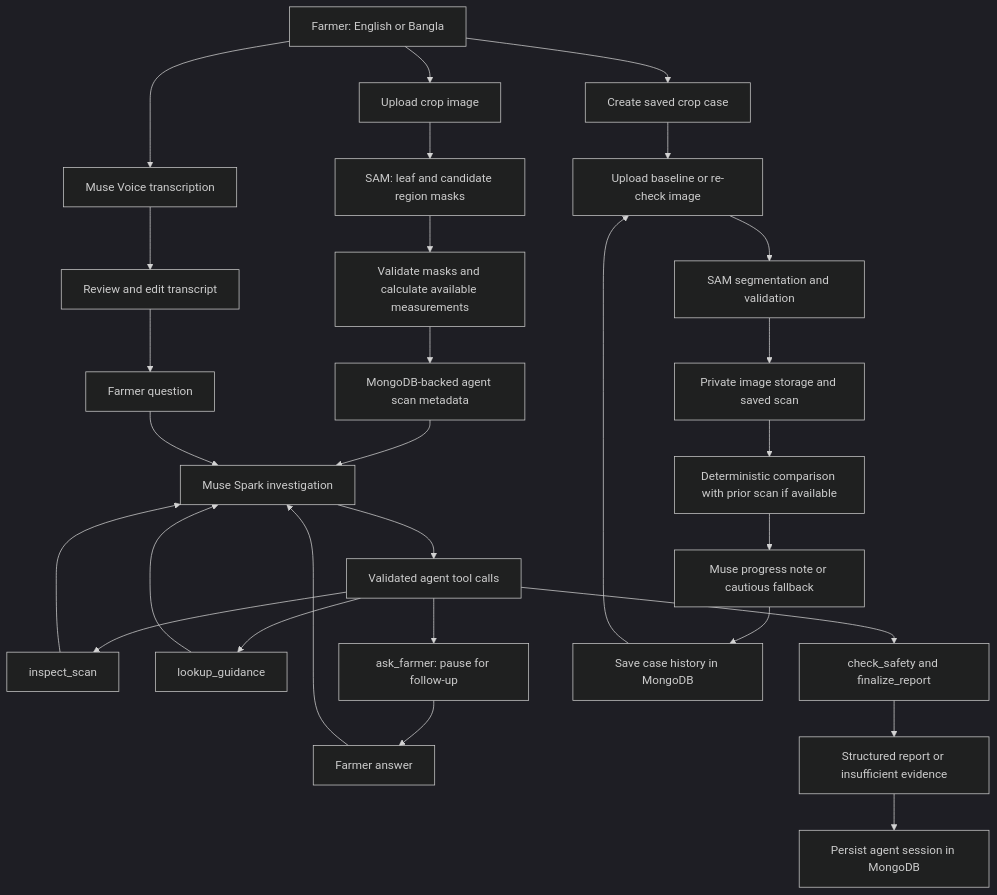
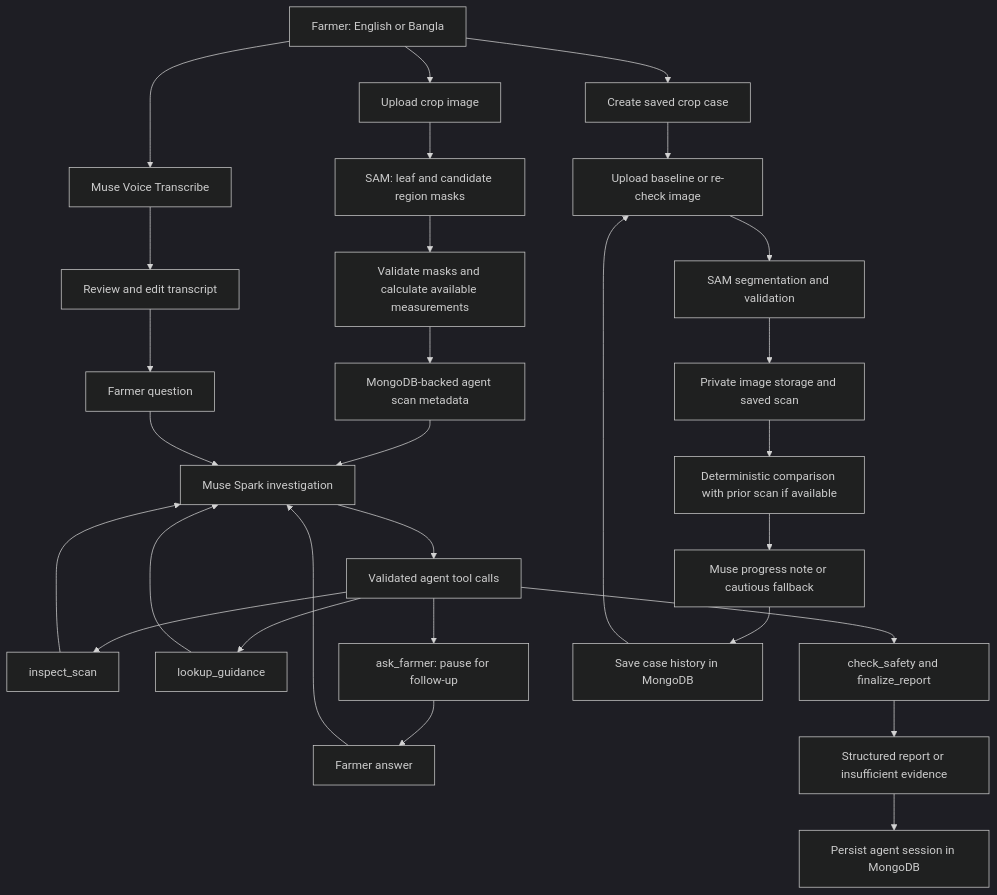
Before and after one commit to fuadhasandev/krishilens: the diagram in README.md, drawn with Mermaid (dark theme). The commit also changed other lines of this file, not shown here.

````diff
--- a/README.md
+++ b/README.md
@@ -58,31 +62,31 @@
 ```mermaid
 flowchart TD
     Farmer["Farmer: English or Bangla"] --> Upload["Upload crop image"]
-    Farmer --> Voice["Muse Voice transcription"]
+    Farmer --> Voice["Muse Voice Transcribe"]
     Voice --> Edit["Review and edit transcript"]
     Edit --> Question["Farmer question"]
     Upload --> SAM["SAM: leaf and candidate region masks"]
     SAM --> Validate["Validate masks and calculate available measurements"]
     Validate --> Scan["MongoDB-backed agent scan metadata"]
     Scan --> Muse["Muse Spark investigation"]
     Question --> Muse
     Muse --> Tools["Validated agent tool calls"]
     Tools --> Inspect["inspect_scan"]
     Tools --> Lookup["lookup_guidance"]
     Inspect --> Muse
     Lookup --> Muse
     Tools --> Ask["ask_farmer: pause for follow-up"]
     Ask --> Answer["Farmer answer"]
     Answer --> Muse
     Tools --> Safety["check_safety and finalize_report"]
     Safety --> Report["Structured report or insufficient evidence"]
     Report --> Session["Persist agent session in MongoDB"]
     Farmer --> Case["Create saved crop case"]
     Case --> Recheck["Upload baseline or re-check image"]
     Recheck --> CaseSAM["SAM segmentation and validation"]
     CaseSAM --> Private["Private image storage and saved scan"]
     Private --> Compare["Deterministic comparison with prior scan if available"]
     Compare --> Progress["Muse progress note or cautious fallback"]
     Progress --> History["Save case history in MongoDB"]
     History --> Recheck
 ```
````
